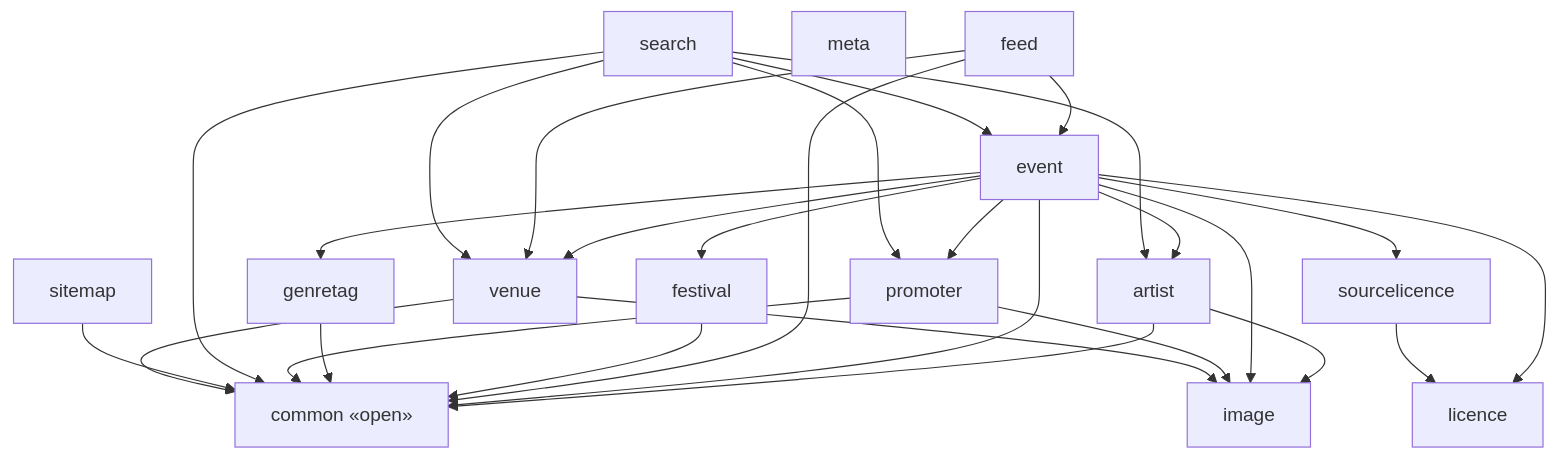
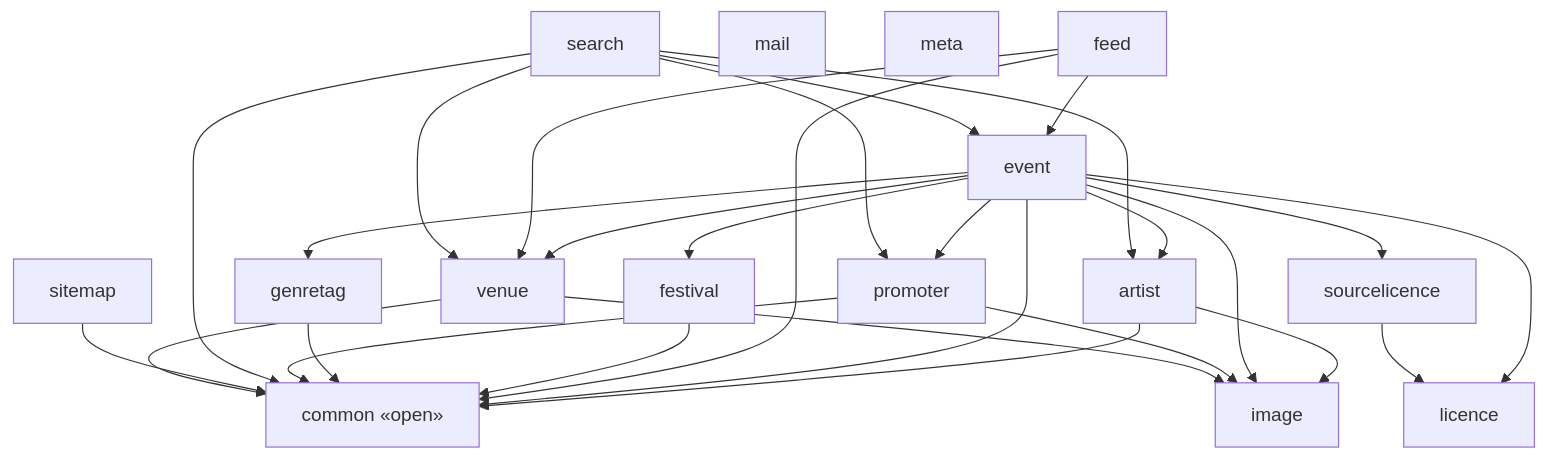
The diagram in docs/architecture/modules-events-bff.md (enorm-labs/event-junkie), drawn with Mermaid before and after one commit. The commit also changed 23 other files, not shown here.

````diff
--- a/docs/architecture/modules-events-bff.md
+++ b/docs/architecture/modules-events-bff.md
@@ -9,45 +9,46 @@
 ```mermaid
 flowchart TD
     artist["artist"]
     common["common «open»"]
     event["event"]
     feed["feed"]
     festival["festival"]
     genretag["genretag"]
     image["image"]
     licence["licence"]
+    mail["mail"]
     meta["meta"]
     promoter["promoter"]
     search["search"]
     sitemap["sitemap"]
     sourcelicence["sourcelicence"]
     venue["venue"]
 
     artist --> common
     artist --> image
     event --> artist
     event --> common
     event --> festival
     event --> genretag
     event --> image
     event --> licence
     event --> promoter
     event --> sourcelicence
     event --> venue
     feed --> common
     feed --> event
     feed --> venue
     festival --> common
     genretag --> common
     promoter --> common
     promoter --> image
     search --> artist
     search --> common
     search --> event
     search --> promoter
     search --> venue
     sitemap --> common
     sourcelicence --> licence
     venue --> common
     venue --> image
 ```
````
